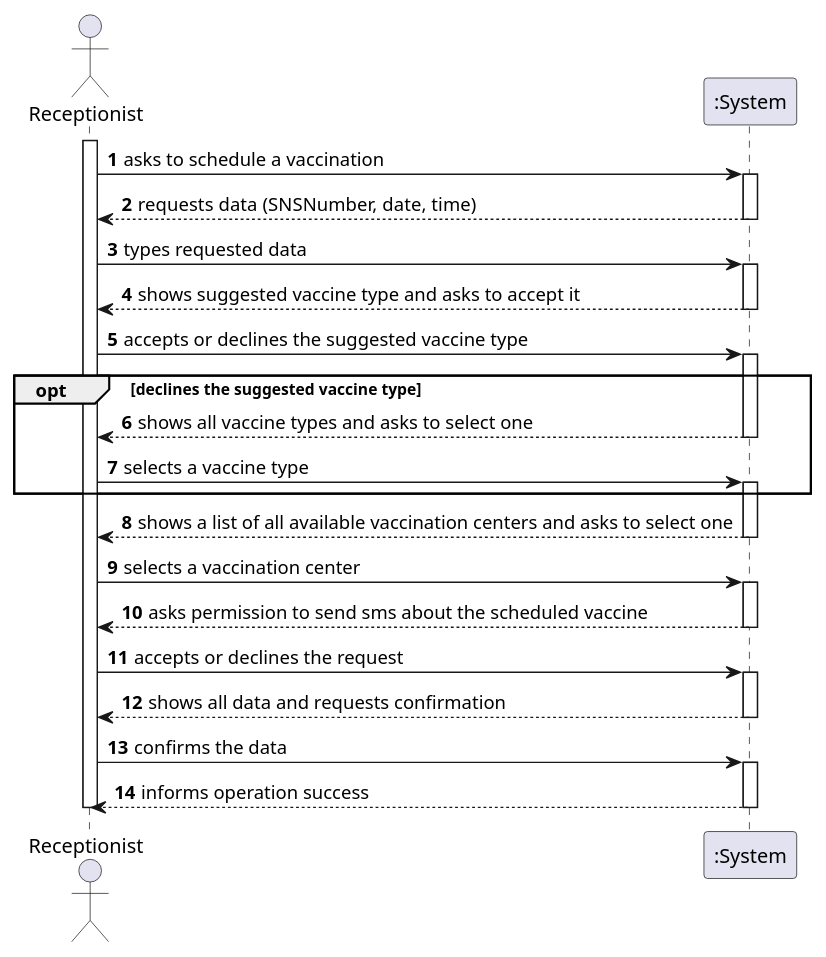
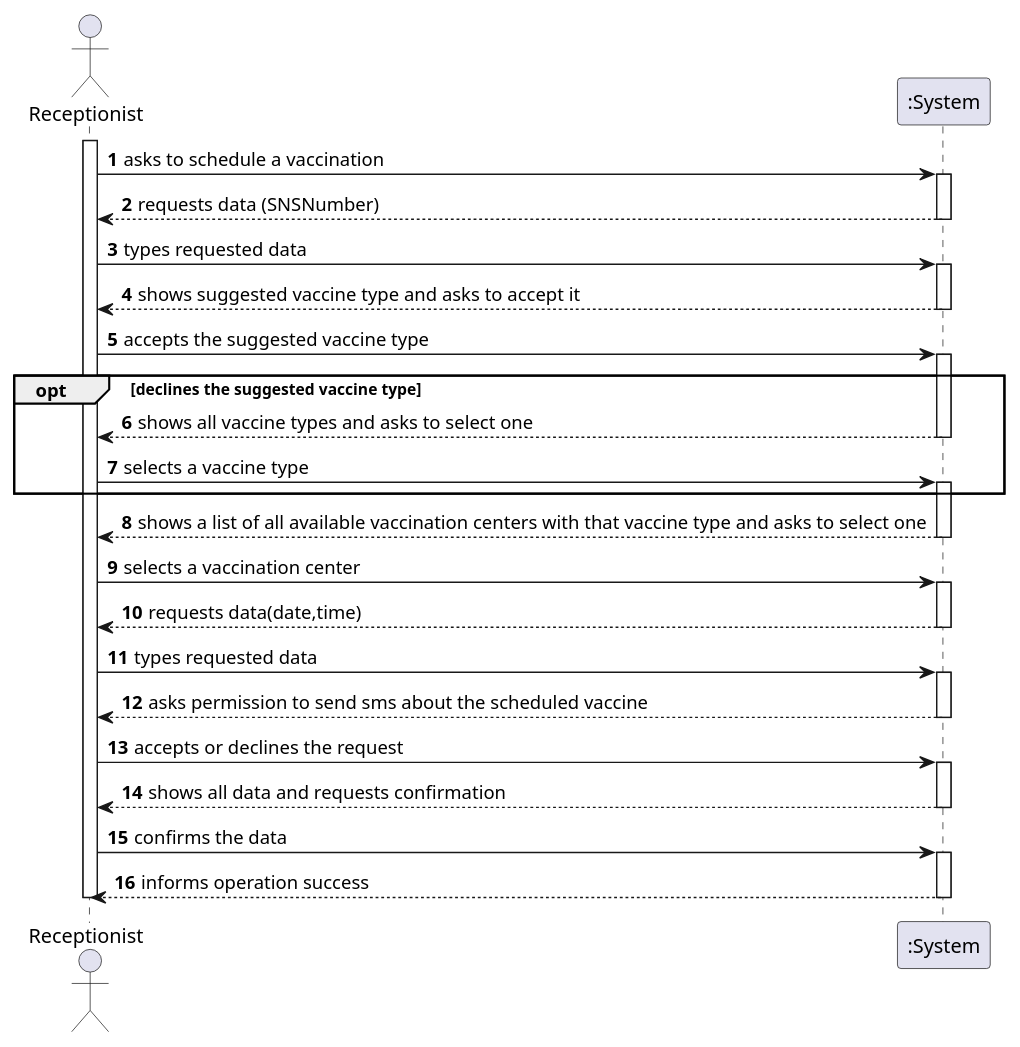
The diagram in docs/SprintC/US02/SSD/US02_SSD.puml (miseEnPlace-i/lapr2), drawn with PlantUML before and after one commit. The commit also changed 2 other files, not shown here.

```diff
--- a/docs/SprintC/US02/SSD/US02_SSD.puml
+++ b/docs/SprintC/US02/SSD/US02_SSD.puml
@@ -1,45 +1,50 @@
 @startuml US02_SSD
 autonumber
 actor "Receptionist" as Recept
 
 activate Recept
 Recept -> ":System" : asks to schedule a vaccination
 activate ":System"
-":System" --> Recept : requests data (SNSNumber, date, time)
+":System" --> Recept : requests data (SNSNumber)
 deactivate ":System"
 Recept -> ":System" : types requested data
 activate ":System"
 
 ":System" --> Recept : shows suggested vaccine type and asks to accept it
 deactivate ":System"
-Recept -> ":System" : accepts or declines the suggested vaccine type
+Recept -> ":System" : accepts the suggested vaccine type
 activate ":System"
 
 opt declines the suggested vaccine type
 ":System" --> Recept : shows all vaccine types and asks to select one
 deactivate ":System"
 Recept -> ":System" : selects a vaccine type
 activate ":System"
 end
 
-":System" --> Recept: shows a list of all available vaccination centers and asks to select one
+":System" --> Recept: shows a list of all available vaccination centers with that vaccine type and asks to select one
 deactivate ":System"
 Recept -> ":System" : selects a vaccination center
+activate ":System"
+
+":System" --> Recept : requests data(date,time)
+deactivate ":System"
+Recept -> ":System" : types requested data
 activate ":System"
 
 ":System" --> Recept : asks permission to send sms about the scheduled vaccine
 deactivate ":System"
 Recept -> ":System" : accepts or declines the request
 activate ":System"
 
 ":System" --> Recept : shows all data and requests confirmation
 deactivate ":System"
 Recept -> ":System" : confirms the data
 activate ":System"
 
 ":System" --> Recept : informs operation success
 deactivate ":System"
 
 deactivate Recept
 
 @enduml
```
